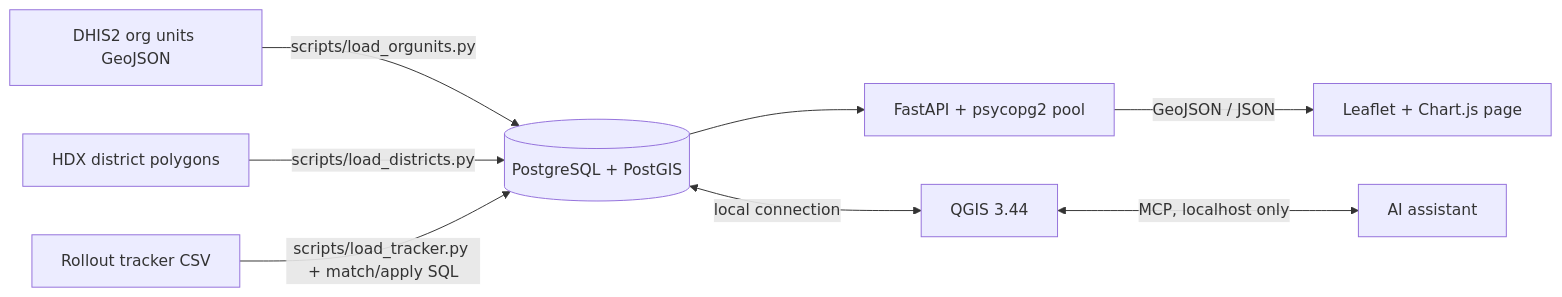
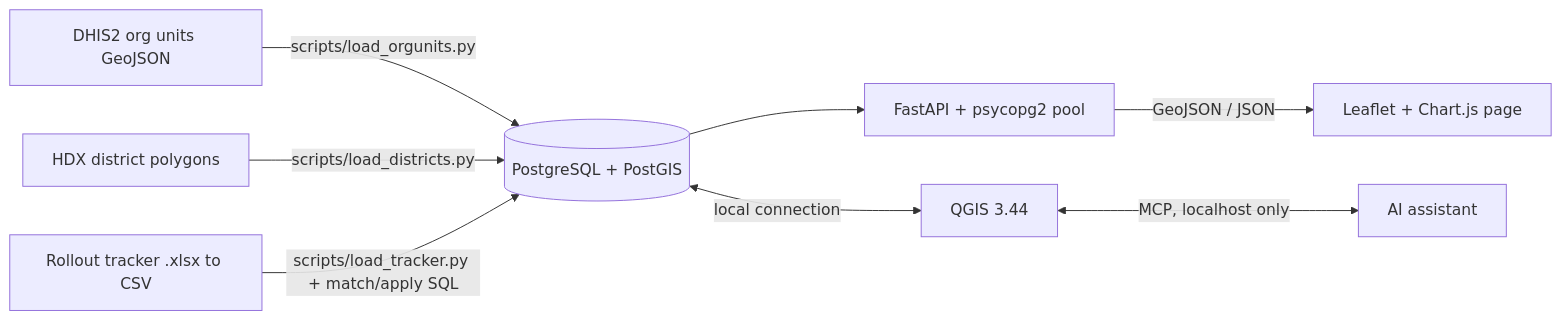
The diagram in README.md (evance-mose/FacilityGeo), drawn with Mermaid before and after one commit. The commit also changed other lines of this file and 2 other files, not shown here.

First line of the commit message:
Docs: README and video script for the real tracker; add xlsx converter

````diff
--- a/README.md
+++ b/README.md
@@ -32,10 +32,10 @@
 ```mermaid
 flowchart LR
     A[DHIS2 org units GeoJSON] -->|scripts/load_orgunits.py| P[(PostgreSQL + PostGIS)]
     B[HDX district polygons] -->|scripts/load_districts.py| P
-    C[Rollout tracker CSV] -->|scripts/load_tracker.py + match/apply SQL| P
+    C[Rollout tracker .xlsx to CSV] -->|scripts/load_tracker.py + match/apply SQL| P
     P --> F[FastAPI + psycopg2 pool]
     F -->|GeoJSON / JSON| L[Leaflet + Chart.js page]
     P <-->|local connection| Q[QGIS 3.44]
     Q <-->|MCP, localhost only| M[AI assistant]
 ```
````
